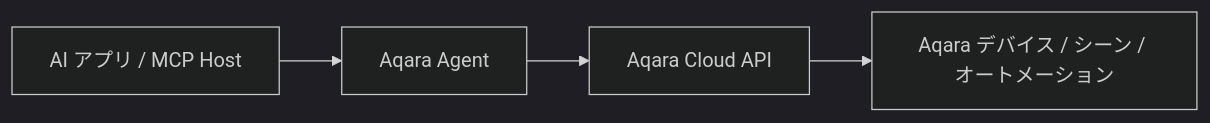
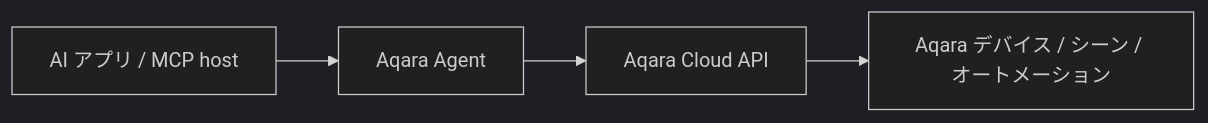
Before and after one commit to aqara/aqara-mcp-server: the diagram in README_JP.md, drawn with Mermaid (dark theme). The commit also changed other lines of this file and 8 other files, not shown here.

````diff
--- a/README_JP.md
+++ b/README_JP.md
@@ -75,6 +75,6 @@
 ```mermaid
 graph LR
-    A[AI アプリ / MCP Host] --> B[Aqara Agent]
+    A[AI アプリ / MCP host] --> B[Aqara Agent]
     B --> C[Aqara Cloud API]
     C --> D[Aqara デバイス / シーン / オートメーション]
 ```
````
